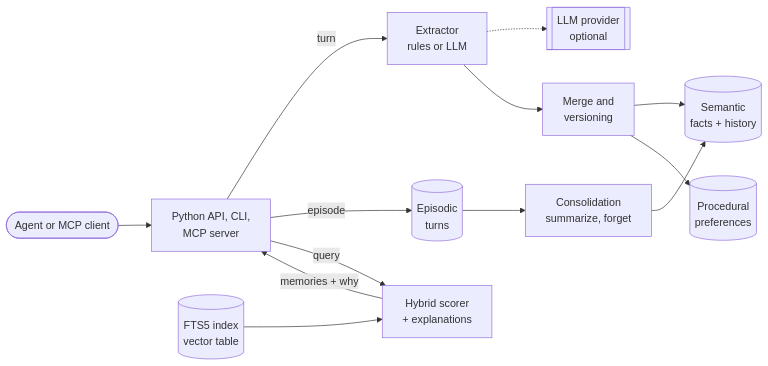
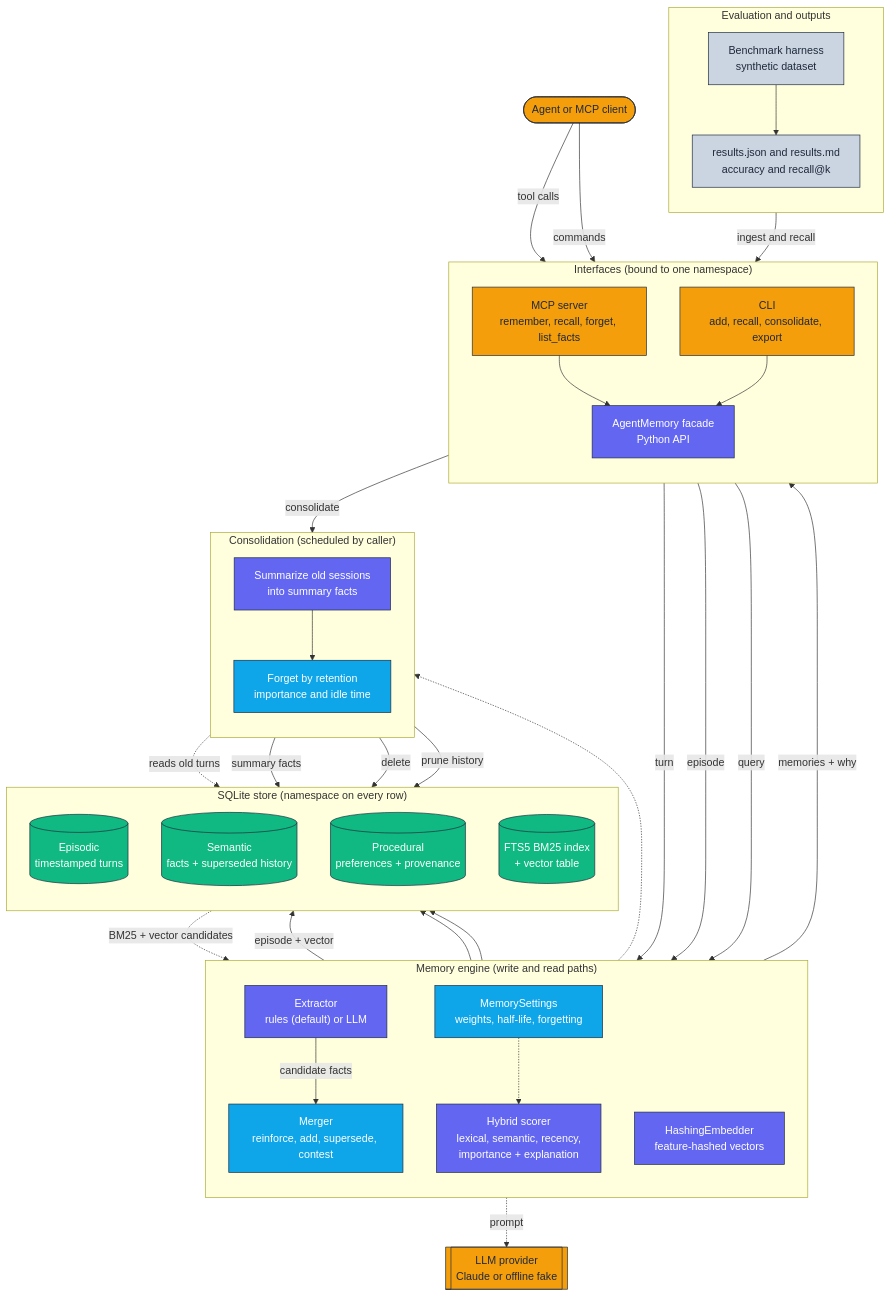
Before and after one commit to adeoluo/agent-memory: the diagram in docs/architecture/architecture.mmd, drawn with Mermaid. The commit also changed 3 other files, not shown here.

Commit message:
docs: vertical layered architecture diagram

```diff
--- a/docs/architecture/architecture.mmd
+++ b/docs/architecture/architecture.mmd
@@ -1,25 +1,70 @@
-flowchart LR
-    Client(["Agent or MCP client"])
-    Interfaces["Python API, CLI,<br/>MCP server"]
-    Extractor["Extractor<br/>rules or LLM"]
-    Provider[["LLM provider<br/>optional"]]
-    Merge["Merge and<br/>versioning"]
-    Episodic[("Episodic<br/>turns")]
-    Semantic[("Semantic<br/>facts + history")]
-    Procedural[("Procedural<br/>preferences")]
-    Index[("FTS5 index<br/>vector table")]
-    Scorer["Hybrid scorer<br/>+ explanations"]
-    Consolidation["Consolidation<br/>summarize, forget"]
+flowchart TD
+    classDef edge     fill:#F59E0B,stroke:#1E293B,color:#1E293B,stroke-width:1px;
+    classDef core     fill:#6366F1,stroke:#1E293B,color:#ffffff,stroke-width:1px;
+    classDef data     fill:#10B981,stroke:#1E293B,color:#ffffff,stroke-width:1px;
+    classDef control  fill:#0EA5E9,stroke:#1E293B,color:#ffffff,stroke-width:1px;
+    classDef obs      fill:#CBD5E1,stroke:#1E293B,color:#1E293B,stroke-width:1px;
 
-    Client --> Interfaces
-    Interfaces -->|turn| Extractor
-    Extractor -.-> Provider
-    Extractor --> Merge
-    Interfaces -->|episode| Episodic
+    Agent(["Agent or MCP client"]):::edge
+    LLM[["LLM provider<br/>Claude or offline fake"]]:::edge
+
+    subgraph Interfaces["Interfaces (bound to one namespace)"]
+        direction TB
+        MCP["MCP server<br/>remember, recall, forget, list_facts"]:::edge
+        CLI["CLI<br/>add, recall, consolidate, export"]:::edge
+        API["AgentMemory facade<br/>Python API"]:::core
+    end
+
+    subgraph Engine["Memory engine (write and read paths)"]
+        direction TB
+        Extract["Extractor<br/>rules (default) or LLM"]:::core
+        Embed["HashingEmbedder<br/>feature-hashed vectors"]:::core
+        Merge["Merger<br/>reinforce, add, supersede, contest"]:::control
+        Score["Hybrid scorer<br/>lexical, semantic, recency,<br/>importance + explanation"]:::core
+        Settings["MemorySettings<br/>weights, half-life, forgetting"]:::control
+    end
+
+    subgraph Maintenance["Consolidation (scheduled by caller)"]
+        direction TB
+        Summarize["Summarize old sessions<br/>into summary facts"]:::core
+        Forget["Forget by retention<br/>importance and idle time"]:::control
+    end
+
+    subgraph Storage["SQLite store (namespace on every row)"]
+        direction TB
+        Episodic[("Episodic<br/>timestamped turns")]:::data
+        Semantic[("Semantic<br/>facts + superseded history")]:::data
+        Procedural[("Procedural<br/>preferences + provenance")]:::data
+        Index[("FTS5 BM25 index<br/>+ vector table")]:::data
+    end
+
+    subgraph Evaluation["Evaluation and outputs"]
+        direction TB
+        Harness["Benchmark harness<br/>synthetic dataset"]:::obs
+        Report["results.json and results.md<br/>accuracy and recall@k"]:::obs
+    end
+
+    Agent -->|tool calls| MCP
+    Agent -->|commands| CLI
+    MCP --> API
+    CLI --> API
+    API -->|turn| Extract
+    Extract -.->|prompt| LLM
+    Extract -->|candidate facts| Merge
+    API -->|episode| Embed
+    Embed -->|episode + vector| Episodic
     Merge --> Semantic
     Merge --> Procedural
-    Interfaces -->|query| Scorer
-    Index --> Scorer
-    Scorer -->|memories + why| Interfaces
-    Episodic --> Consolidation
-    Consolidation --> Semantic
+    API -->|query| Score
+    Index -.->|BM25 + vector candidates| Score
+    Score -->|memories + why| API
+    Settings -.-> Score
+    Settings -.-> Forget
+    API -->|consolidate| Summarize
+    Summarize -.->|reads old turns| Episodic
+    Summarize -->|summary facts| Semantic
+    Summarize --> Forget
+    Forget -->|delete| Episodic
+    Forget -->|prune history| Semantic
+    Harness -->|ingest and recall| API
+    Harness --> Report
```
